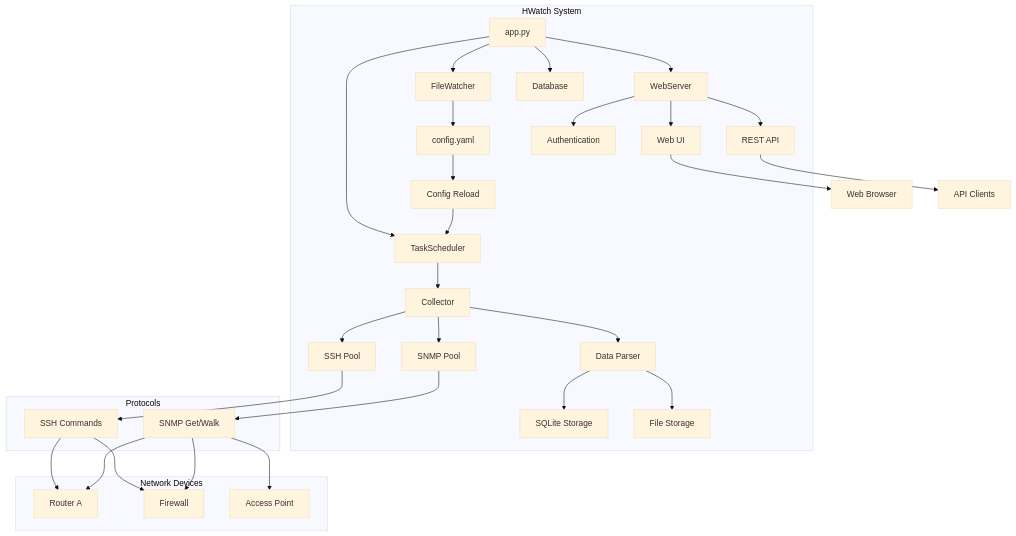
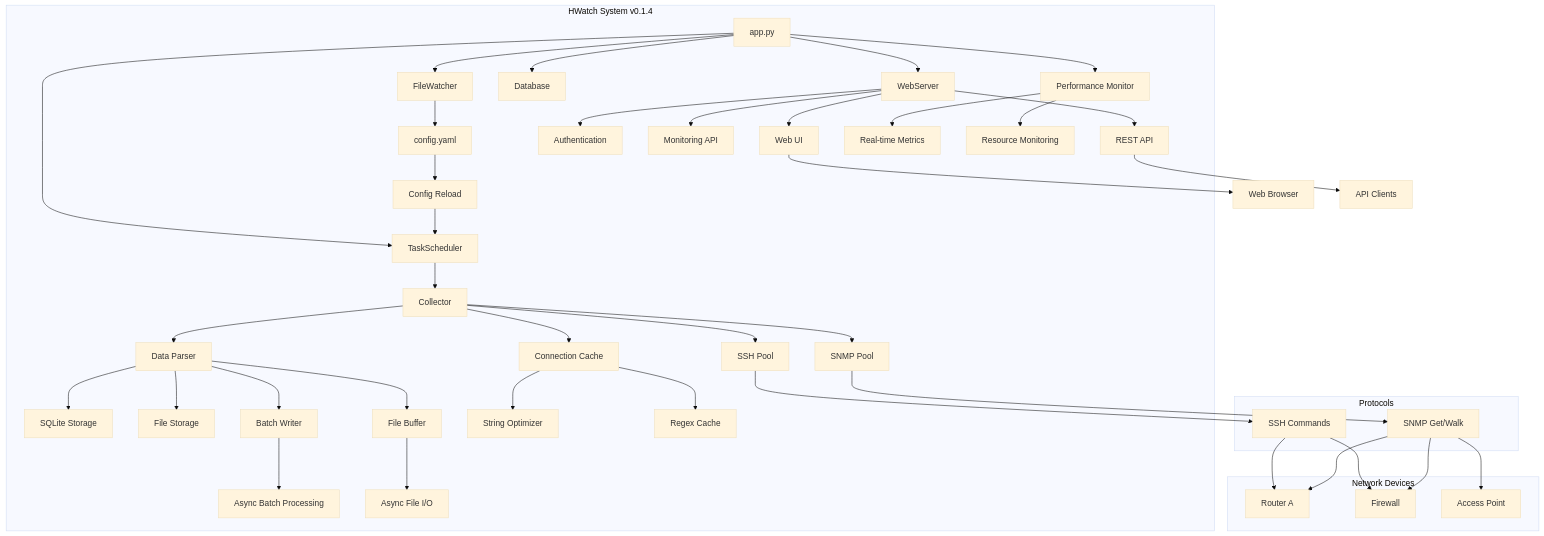
Before and after one commit to GmoneyLtd/hwatch: the first of 24 diagrams in README.md, drawn with Mermaid (base theme). The commit also changed other lines of this file and 1 other file, not shown here.

````diff
--- a/README.md
+++ b/README.md
@@ -12,47 +81,61 @@
 ```mermaid
 graph TB
-    subgraph "HWatch System"
+    subgraph "HWatch System v0.1.4"
         A[app.py] --> B[TaskScheduler]
         A --> C[WebServer]
         A --> D[FileWatcher]
         A --> E[Database]
+        A --> F1[Performance Monitor]
         
         B --> F[Collector]
         F --> G[SSH Pool]
         F --> H[SNMP Pool]
+        F --> I1[Connection Cache]
         
         C --> I[Web UI]
         C --> J[REST API]
         C --> K[Authentication]
+        C --> J1[Monitoring API]
         
         D --> L[config.yaml]
         L --> M[Config Reload]
         M --> B
         
         F --> N[Data Parser]
         N --> O[SQLite Storage]
         N --> P[File Storage]
+        N --> P1[Batch Writer]
+        N --> P2[File Buffer]
+        
+        F1 --> Q1[Real-time Metrics]
+        F1 --> Q2[Resource Monitoring]
+        
+        I1 --> R1[String Optimizer]
+        I1 --> R2[Regex Cache]
+        
+        P1 --> S1[Async Batch Processing]
+        P2 --> S2[Async File I/O]
     end
     
     subgraph "Network Devices"
         Q[Router A]
         R[Firewall]
         S[Access Point]
     end
     
     subgraph "Protocols"
         T[SSH Commands]
         U[SNMP Get/Walk]
     end
     
     G --> T
     H --> U
     T --> Q
     T --> R
     U --> Q
     U --> R
     U --> S
     
     I --> V[Web Browser]
     J --> W[API Clients]
 ```
````
